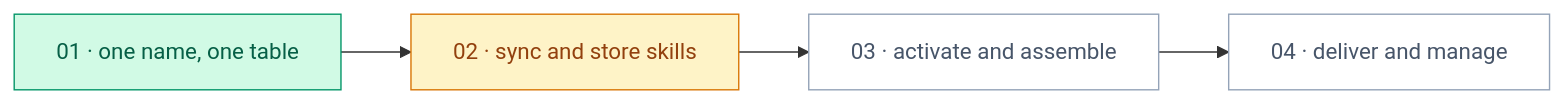
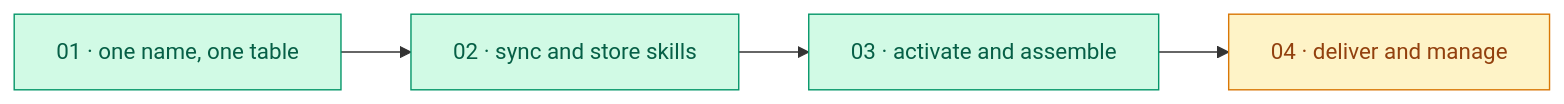
The diagram in specs/plugins-terminology-and-scope.md (aorwall/moatless), drawn with Mermaid before and after one commit. The commit also changed other lines of this file and 21 other files, not shown here.

````diff
--- a/specs/plugins-terminology-and-scope.md
+++ b/specs/plugins-terminology-and-scope.md
@@ -38,10 +38,10 @@
 ```mermaid
 flowchart LR
-  T1["01 · one name, one table"]:::done --> T2["02 · sync and store skills"]:::wip
-  T2 --> T3["03 · activate and assemble"]:::todo
-  T3 --> T4["04 · deliver and manage"]:::todo
+  T1["01 · one name, one table"]:::done --> T2["02 · sync and store skills"]:::done
+  T2 --> T3["03 · activate and assemble"]:::done
+  T3 --> T4["04 · deliver and manage"]:::wip
   classDef done fill:#d1fae5,stroke:#059669,color:#065f46
   classDef wip fill:#fef3c7,stroke:#d97706,color:#92400e
   classDef todo fill:#ffffff,stroke:#94a3b8,color:#475569
   classDef blocked fill:#f1f5f9,stroke:#cbd5e1,color:#94a3b8
 ```
````
